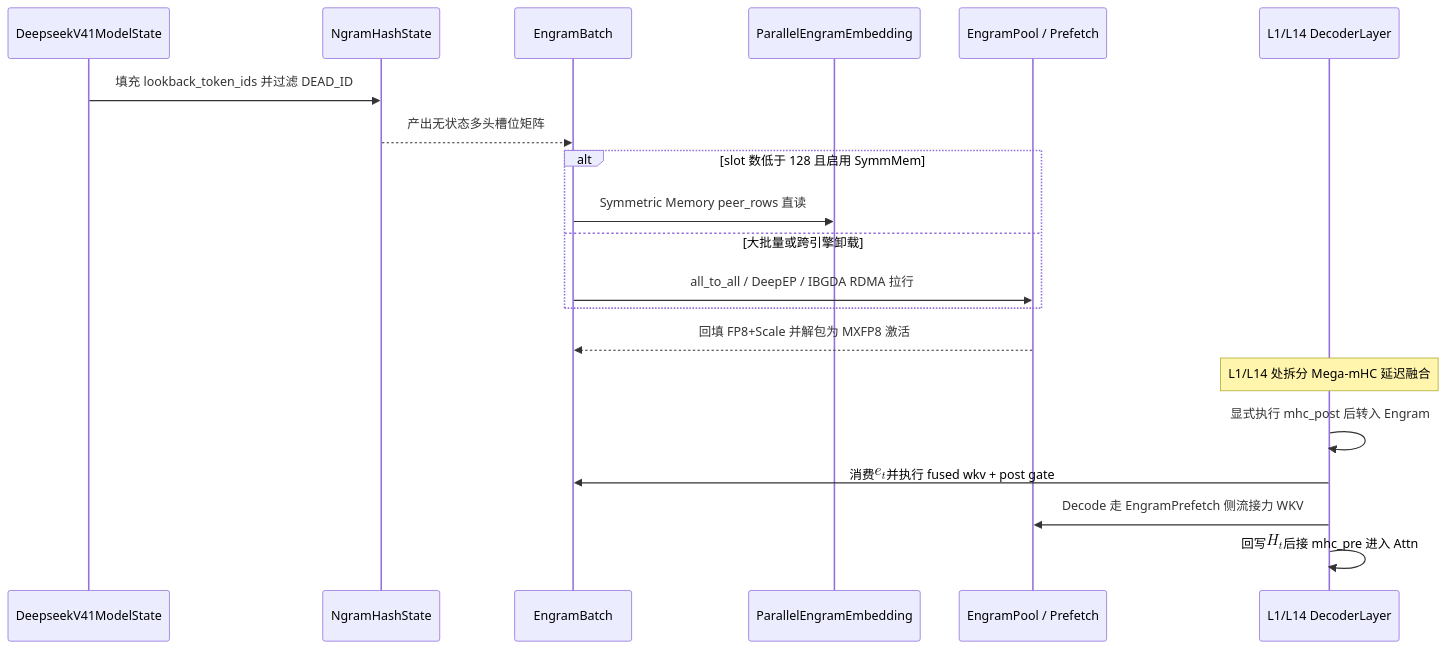
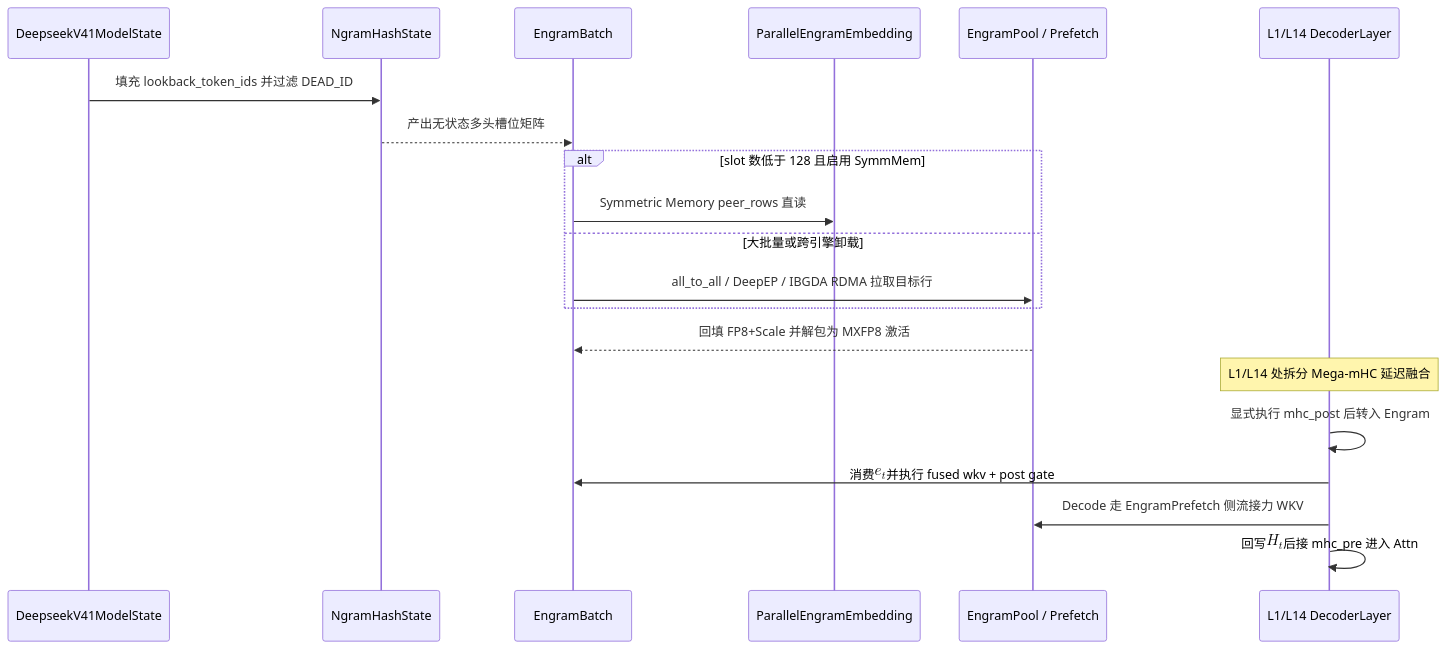
One commit to xingcanlee/infra-note changed the second of 4 diagrams in src/content/posts/deepseek/07-engram/index.mdx. Above: the diagram before and after it, drawn with Mermaid. The commit also changed other lines of this file and 154 other files, not shown here.

````diff
--- a/src/content/posts/deepseek/07-engram/index.mdx
+++ b/src/content/posts/deepseek/07-engram/index.mdx
@@ -447,23 +476,23 @@
 ```mermaid caption="图 14：vllm@99b0b0b0 一次前向推理的 Engram 状态流转与分布式调度链路"
 sequenceDiagram
     participant Runner as DeepseekV41ModelState
     participant Hash as NgramHashState
     participant Batch as EngramBatch
     participant Emb as ParallelEngramEmbedding
     participant Pool as EngramPool / Prefetch
     participant Layer as L1/L14 DecoderLayer
 
     Runner->>Hash: 填充 lookback_token_ids 并过滤 DEAD_ID
     Hash-->>Batch: 产出无状态多头槽位矩阵
     alt slot 数低于 128 且启用 SymmMem
         Batch->>Emb: Symmetric Memory peer_rows 直读
     else 大批量或跨引擎卸载
-        Batch->>Pool: all_to_all / DeepEP / IBGDA RDMA 拉行
+        Batch->>Pool: all_to_all / DeepEP / IBGDA RDMA 拉取目标行
     end
     Pool-->>Batch: 回填 FP8+Scale 并解包为 MXFP8 激活
     Note over Layer: L1/L14 处拆分 Mega-mHC 延迟融合
     Layer->>Layer: 显式执行 mhc_post 后转入 Engram
     Layer->>Batch: 消费 $$e_t$$ 并执行 fused wkv + post gate
     Layer->>Pool: Decode 走 EngramPrefetch 侧流接力 WKV
     Layer->>Layer: 回写 $$H_t$$ 后接 mhc_pre 进入 Attn
 ```
````
